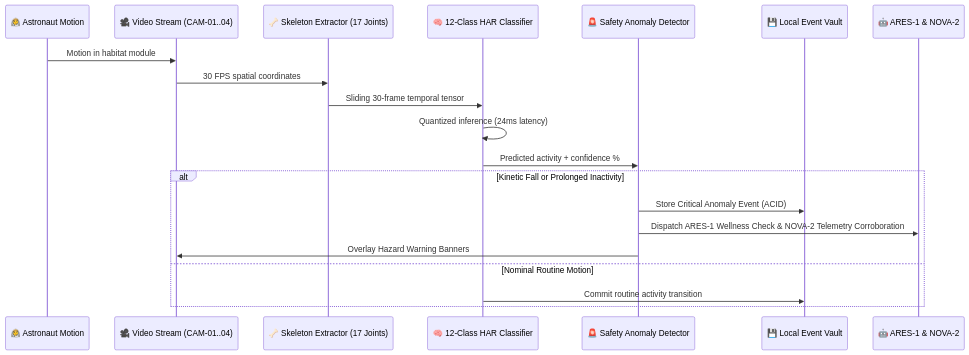
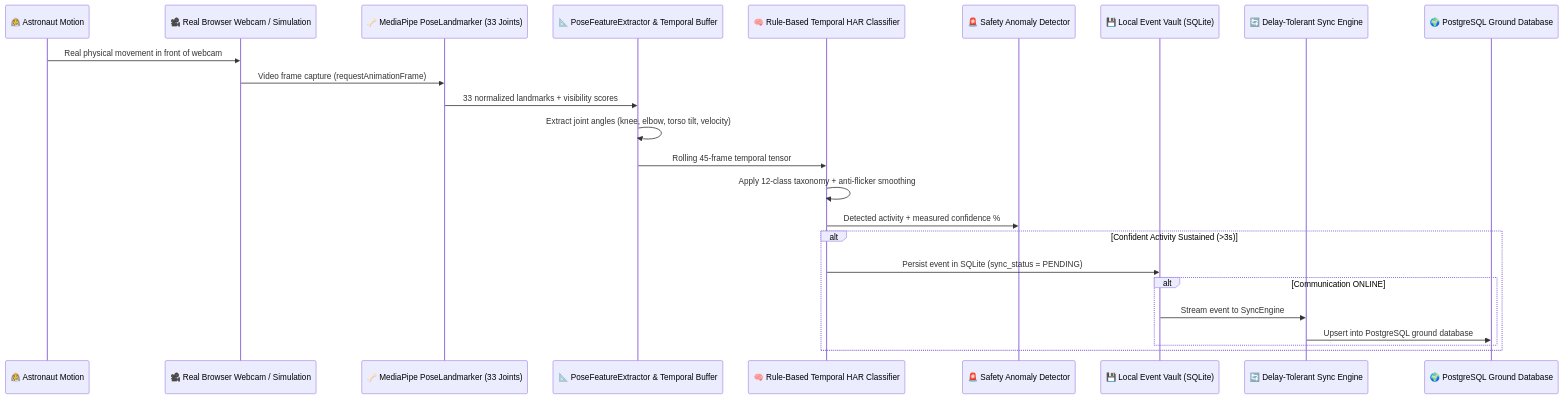
The second of 3 diagrams in docs/ARCHITECTURE.md (balajisiva585-ui/ASTROSENSE), drawn with Mermaid before and after one commit. The commit also changed other lines of this file and 72 other files, not shown here.

````diff
--- a/docs/ARCHITECTURE.md
+++ b/docs/ARCHITECTURE.md
@@ -83,23 +83,27 @@
 ```mermaid
 sequenceDiagram
     participant Astronaut as 👨‍🚀 Astronaut Motion
-    participant Cam as 🎥 Video Stream (CAM-01..04)
-    participant Pose as 🦴 Skeleton Extractor (17 Joints)
-    participant HAR as 🧠 12-Class HAR Classifier
+    participant Cam as 🎥 Real Browser Webcam / Simulation
+    participant Pose as 🦴 MediaPipe PoseLandmarker (33 Joints)
+    participant Feats as 📐 PoseFeatureExtractor & Temporal Buffer
+    participant Classifier as 🧠 Rule-Based Temporal HAR Classifier
     participant Anomaly as 🚨 Safety Anomaly Detector
-    participant Vault as 💾 Local Event Vault
-    participant Robot as 🤖 ARES-1 & NOVA-2
+    participant Vault as 💾 Local Event Vault (SQLite)
+    participant Sync as 🔄 Delay-Tolerant Sync Engine
+    participant Ground as 🌍 PostgreSQL Ground Database
 
-    Astronaut->>Cam: Motion in habitat module
-    Cam->>Pose: 30 FPS spatial coordinates
-    Pose->>HAR: Sliding 30-frame temporal tensor
-    HAR->>HAR: Quantized inference (24ms latency)
-    HAR->>Anomaly: Predicted activity + confidence %
-    alt Kinetic Fall or Prolonged Inactivity
-        Anomaly->>Vault: Store Critical Anomaly Event (ACID)
-        Anomaly->>Robot: Dispatch ARES-1 Wellness Check & NOVA-2 Telemetry Corroboration
-        Anomaly->>Cam: Overlay Hazard Warning Banners
-    else Nominal Routine Motion
-        HAR->>Vault: Commit routine activity transition
+    Astronaut->>Cam: Real physical movement in front of webcam
+    Cam->>Pose: Video frame capture (requestAnimationFrame)
+    Pose->>Feats: 33 normalized landmarks + visibility scores
+    Feats->>Feats: Extract joint angles (knee, elbow, torso tilt, velocity)
+    Feats->>Classifier: Rolling 45-frame temporal tensor
+    Classifier->>Classifier: Apply 12-class taxonomy + anti-flicker smoothing
+    Classifier->>Anomaly: Detected activity + measured confidence %
+    alt Confident Activity Sustained (>3s)
+        Classifier->>Vault: Persist event in SQLite (sync_status = PENDING)
+        alt Communication ONLINE
+            Vault->>Sync: Stream event to SyncEngine
+            Sync->>Ground: Upsert into PostgreSQL ground database
+        end
     end
 ```
````
